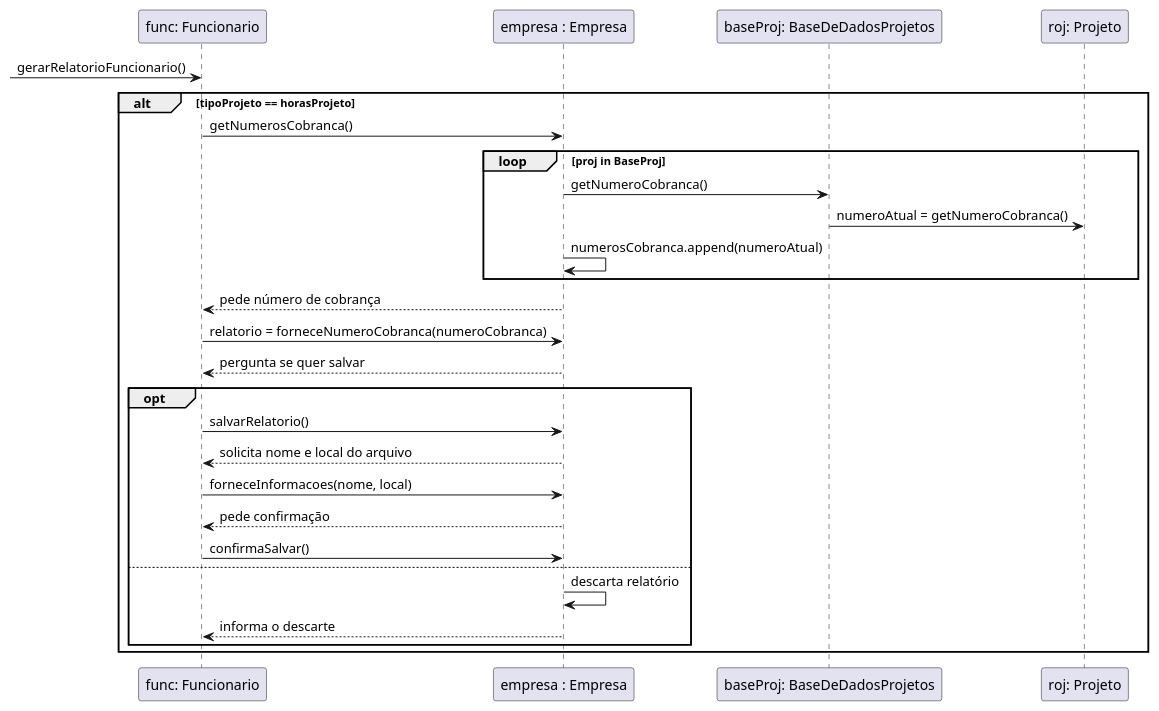
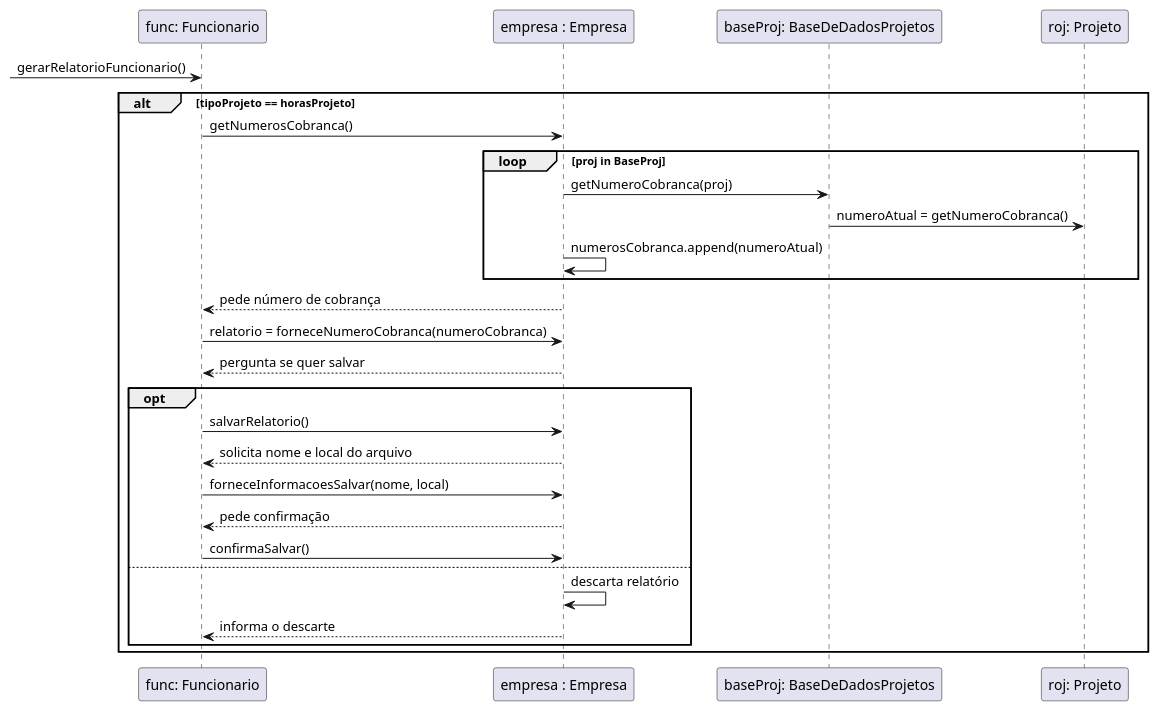
One commit to tikaradate/CI1163-Design_de_Software changed the diagram in casos_de_uso/caso-3/3-DS.plantuml. Above: the diagram before and after it, drawn with PlantUML. The commit also changed 4 other files, not shown here.

Commit message:
Começa o Diagrama de Classes Visão de Projeto

```diff
--- a/casos_de_uso/caso-3/3-DS.plantuml
+++ b/casos_de_uso/caso-3/3-DS.plantuml
@@ -1,33 +1,33 @@
 @startuml Caso3
 
 Participant "func: Funcionario" as funcionario
 Participant "empresa : Empresa" as empresa
 ' Participant "listaFun : ListaDeFuncionarios" as listaFuncionarios
 ' Participant "pgto: Pagamento" as pagamento
 ' Participant "ponto: Ponto" as ponto
 Participant "baseProj: BaseDeDadosProjetos" as baseProjeto
 Participant "roj: Projeto" as projeto
 
 -> funcionario: gerarRelatorioFuncionario()
 alt tipoProjeto == horasProjeto
 funcionario -> empresa: getNumerosCobranca()
     loop proj in BaseProj
-        empresa -> baseProjeto: getNumeroCobranca()
+        empresa -> baseProjeto: getNumeroCobranca(proj)
         baseProjeto -> projeto: numeroAtual = getNumeroCobranca()
         empresa -> empresa: numerosCobranca.append(numeroAtual)
     end
     empresa --> funcionario: pede número de cobrança
     funcionario -> empresa: relatorio = forneceNumeroCobranca(numeroCobranca)
     empresa --> funcionario: pergunta se quer salvar
     opt
         funcionario -> empresa: salvarRelatorio()
         empresa --> funcionario: solicita nome e local do arquivo
-        funcionario -> empresa: forneceInformacoes(nome, local)
+        funcionario -> empresa: forneceInformacoesSalvar(nome, local)
         empresa --> funcionario: pede confirmação
         funcionario -> empresa: confirmaSalvar()
     else
         empresa -> empresa: descarta relatório
         empresa --> funcionario: informa o descarte
     end
 end
 @enduml
```
